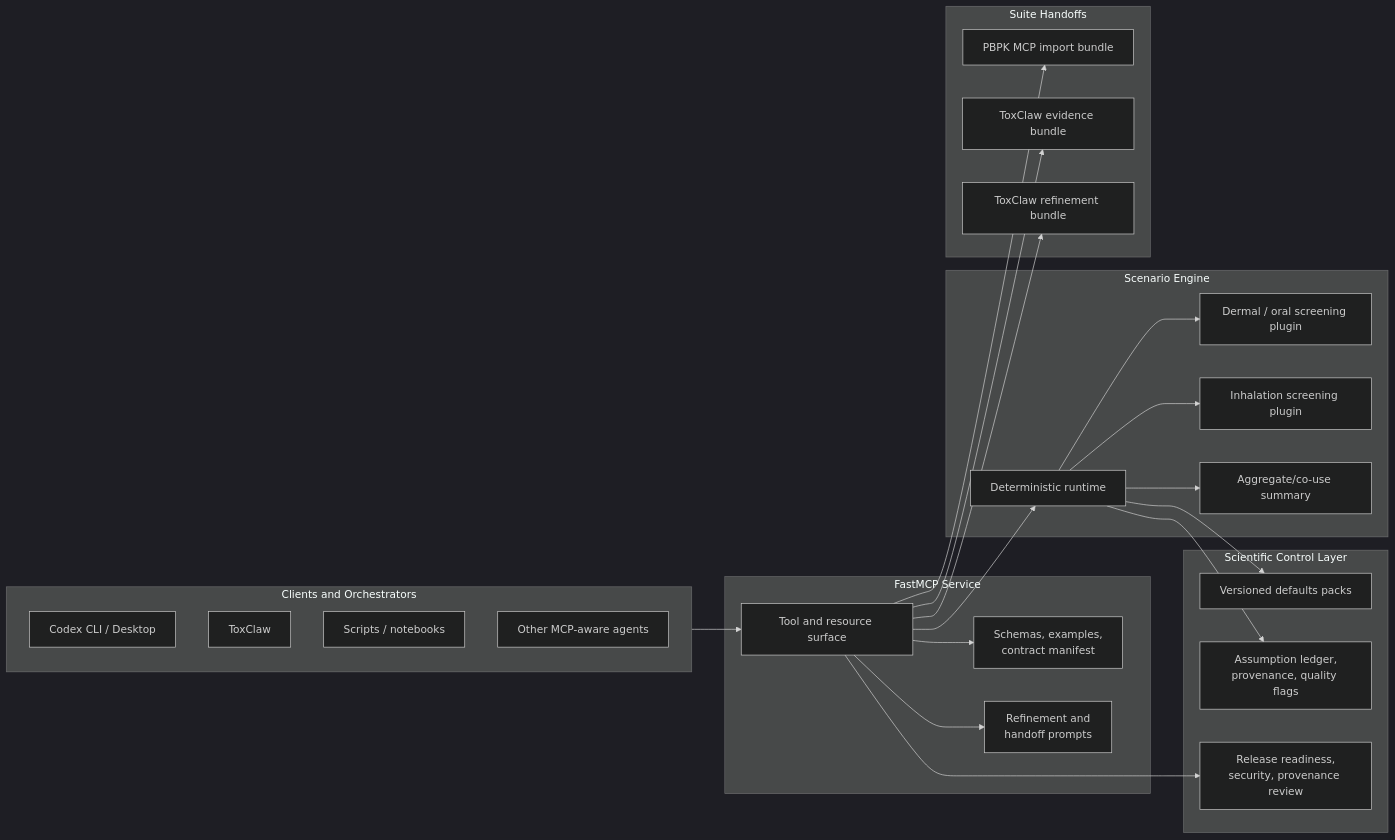
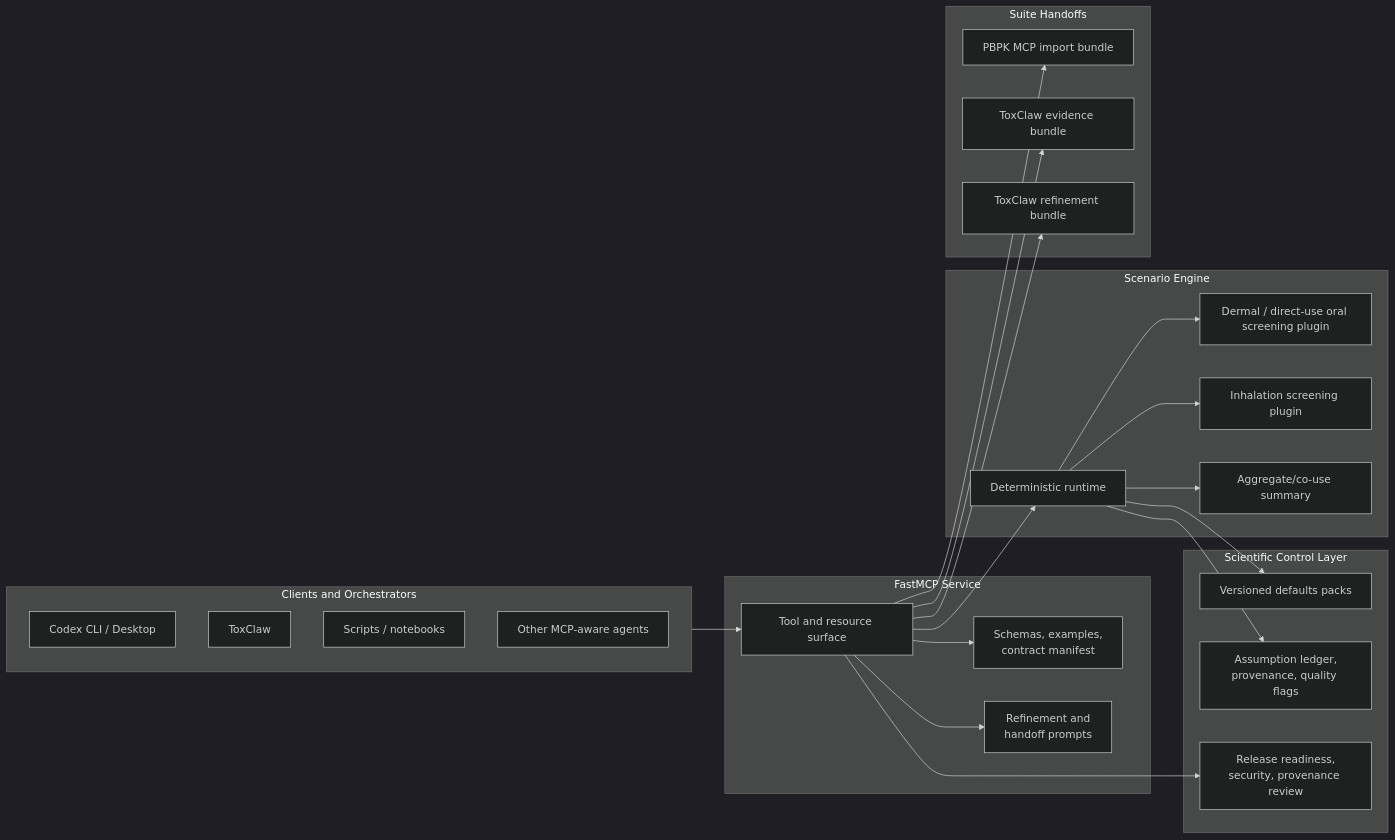
Before and after one commit to ToxMCP/direct-use-exposure-mcp: the diagram in README.md, drawn with Mermaid (dark theme). The commit also changed other lines of this file and 86 other files, not shown here.

````diff
--- a/README.md
+++ b/README.md
@@ -17,48 +17,48 @@
 ```mermaid
 flowchart LR
     subgraph Clients["Clients and Orchestrators"]
         Codex["Codex CLI / Desktop"]
         ToxClaw["ToxClaw"]
         Scripts["Scripts / notebooks"]
         Other["Other MCP-aware agents"]
     end
 
     subgraph MCP["FastMCP Service"]
         Server["Tool and resource surface"]
         Contracts["Schemas, examples,\ncontract manifest"]
         Prompts["Refinement and\nhandoff prompts"]
     end
 
     subgraph Engine["Scenario Engine"]
         Runtime["Deterministic runtime"]
-        Screening["Dermal / oral screening plugin"]
+        Screening["Dermal / direct-use oral screening plugin"]
         Inhalation["Inhalation screening plugin"]
         Aggregate["Aggregate/co-use summary"]
     end
 
     subgraph Evidence["Scientific Control Layer"]
         Defaults["Versioned defaults packs"]
         Provenance["Assumption ledger,\nprovenance, quality flags"]
         Review["Release readiness,\nsecurity, provenance review"]
     end
 
     subgraph Downstream["Suite Handoffs"]
         PBPK["PBPK MCP import bundle"]
         EvidenceBundle["ToxClaw evidence bundle"]
         Refinement["ToxClaw refinement bundle"]
     end
 
     Clients --> Server
     Server --> Contracts
     Server --> Prompts
     Server --> Runtime
     Runtime --> Screening
     Runtime --> Inhalation
     Runtime --> Aggregate
     Runtime --> Defaults
     Runtime --> Provenance
     Server --> Review
     Server --> PBPK
     Server --> EvidenceBundle
     Server --> Refinement
 ```
````
